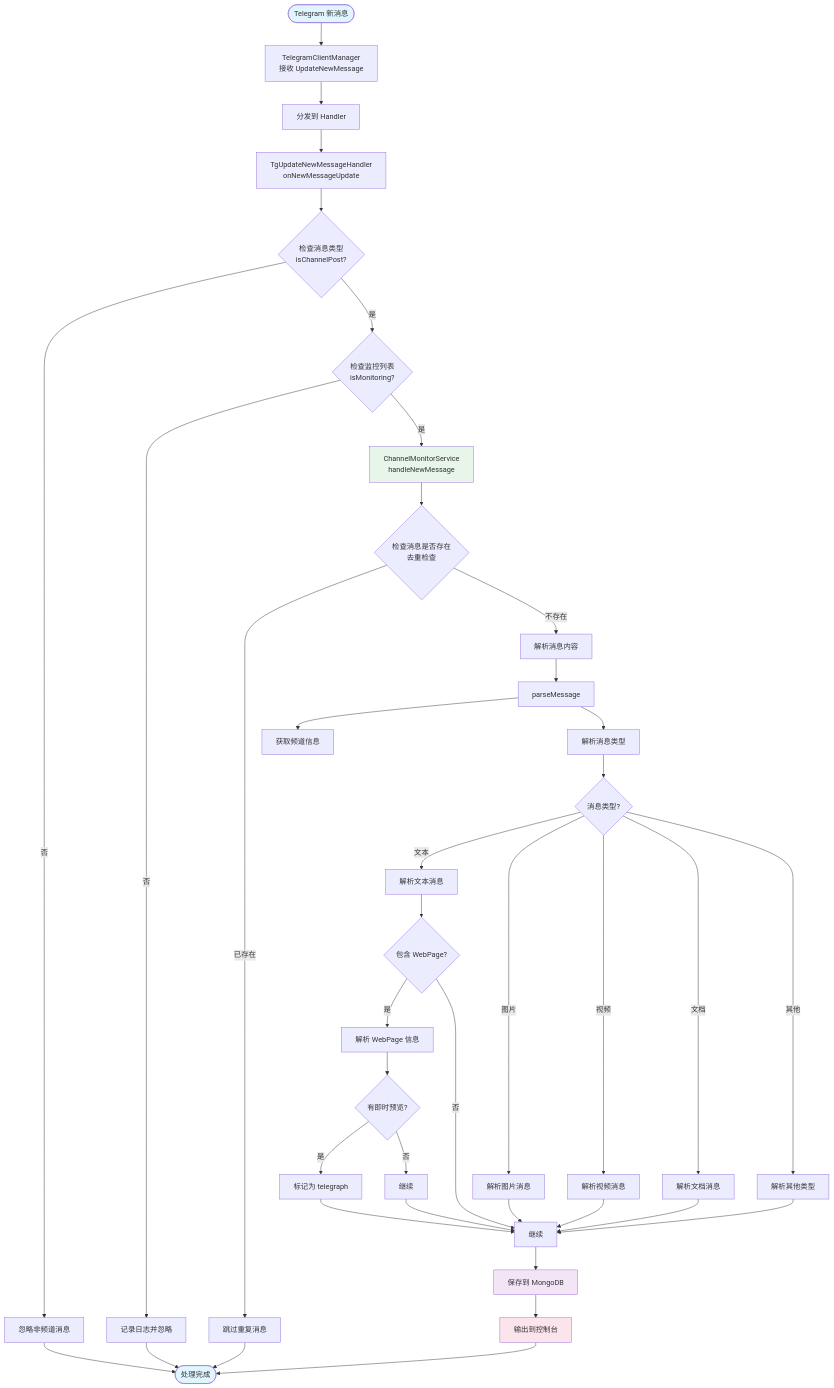
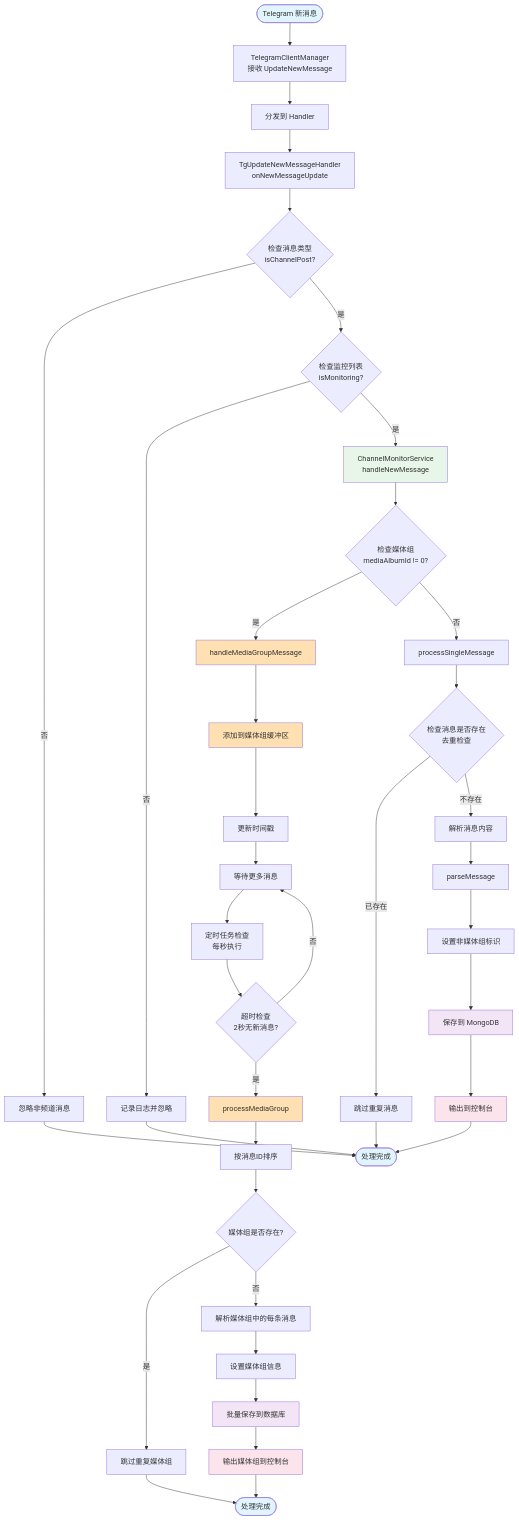
Before and after one commit to tianlovo/CocoMonyaB: the third of 13 diagrams in docs/消息处理流程图.md, drawn with Mermaid. The commit also changed other lines of this file and 6 other files, not shown here.

First line of the commit message:
feat(media-group): 添加媒体组支持功能及相关文档

````diff
--- a/docs/消息处理流程图.md
+++ b/docs/消息处理流程图.md
@@ -54,57 +61,64 @@
 ```mermaid
 flowchart TD
     Start([Telegram 新消息]) --> Receive[TelegramClientManager<br/>接收 UpdateNewMessage]
     Receive --> Dispatch[分发到 Handler]
     Dispatch --> Handler[TgUpdateNewMessageHandler<br/>onNewMessageUpdate]
     
     Handler --> CheckType{检查消息类型<br/>isChannelPost?}
     CheckType -->|否| IgnoreType[忽略非频道消息]
     CheckType -->|是| CheckMonitor{检查监控列表<br/>isMonitoring?}
     
     CheckMonitor -->|否| LogIgnore[记录日志并忽略]
     CheckMonitor -->|是| Process[ChannelMonitorService<br/>handleNewMessage]
     
-    Process --> CheckDup{检查消息是否存在<br/>去重检查}
+    Process --> CheckAlbum{检查媒体组<br/>mediaAlbumId != 0?}
+    
+    CheckAlbum -->|是| MediaGroup[handleMediaGroupMessage]
+    CheckAlbum -->|否| Single[processSingleMessage]
+    
+    MediaGroup --> Buffer[添加到媒体组缓冲区]
+    Buffer --> UpdateTime[更新时间戳]
+    UpdateTime --> WaitMore[等待更多消息]
+    
+    WaitMore --> Scheduler[定时任务检查<br/>每秒执行]
+    Scheduler --> CheckTimeout{超时检查<br/>2秒无新消息?}
+    CheckTimeout -->|否| WaitMore
+    CheckTimeout -->|是| ProcessGroup[processMediaGroup]
+    
+    ProcessGroup --> SortMessages[按消息ID排序]
+    SortMessages --> CheckGroupDup{媒体组是否存在?}
+    CheckGroupDup -->|是| SkipGroup[跳过重复媒体组]
+    CheckGroupDup -->|否| ParseGroup[解析媒体组中的每条消息]
+    
+    ParseGroup --> SetGroupInfo[设置媒体组信息]
+    SetGroupInfo --> SaveGroup[批量保存到数据库]
+    SaveGroup --> PrintGroup[输出媒体组到控制台]
+    PrintGroup --> EndGroup([处理完成])
+    
+    Single --> CheckDup{检查消息是否存在<br/>去重检查}
     CheckDup -->|已存在| SkipDup[跳过重复消息]
     CheckDup -->|不存在| Parse[解析消息内容]
     
     Parse --> ParseContent[parseMessage]
-    ParseContent --> GetChannel[获取频道信息]
-    ParseContent --> ParseType[解析消息类型]
-    
-    ParseType --> TypeSwitch{消息类型?}
-    TypeSwitch -->|文本| ParseText[解析文本消息]
-    TypeSwitch -->|图片| ParsePhoto[解析图片消息]
-    TypeSwitch -->|视频| ParseVideo[解析视频消息]
-    TypeSwitch -->|文档| ParseDoc[解析文档消息]
-    TypeSwitch -->|其他| ParseOther[解析其他类型]
-    
-    ParseText --> CheckWebPage{包含 WebPage?}
-    CheckWebPage -->|是| ParseWebPage[解析 WebPage 信息]
-    CheckWebPage -->|否| Continue1[继续]
-    
-    ParseWebPage --> CheckInstant{有即时预览?}
-    CheckInstant -->|是| MarkTelegraph[标记为 telegraph]
-    CheckInstant -->|否| Continue2[继续]
-    
-    ParsePhoto --> Continue1
-    ParseVideo --> Continue1
-    ParseDoc --> Continue1
-    ParseOther --> Continue1
-    MarkTelegraph --> Continue1
-    Continue2 --> Continue1
-    
-    Continue1 --> Save[保存到 MongoDB]
+    ParseContent --> SetSingleInfo[设置非媒体组标识]
+    SetSingleInfo --> Save[保存到 MongoDB]
     Save --> Print[输出到控制台]
     Print --> End([处理完成])
     
     IgnoreType --> End
     LogIgnore --> End
     SkipDup --> End
+    SkipGroup --> EndGroup
     
     style Start fill:#e1f5ff
     style Process fill:#e8f5e9
+    style MediaGroup fill:#ffe0b2
+    style Buffer fill:#ffe0b2
+    style ProcessGroup fill:#ffe0b2
     style Save fill:#f3e5f5
+    style SaveGroup fill:#f3e5f5
     style Print fill:#fce4ec
+    style PrintGroup fill:#fce4ec
     style End fill:#e1f5ff
+    style EndGroup fill:#e1f5ff
 ```
````
